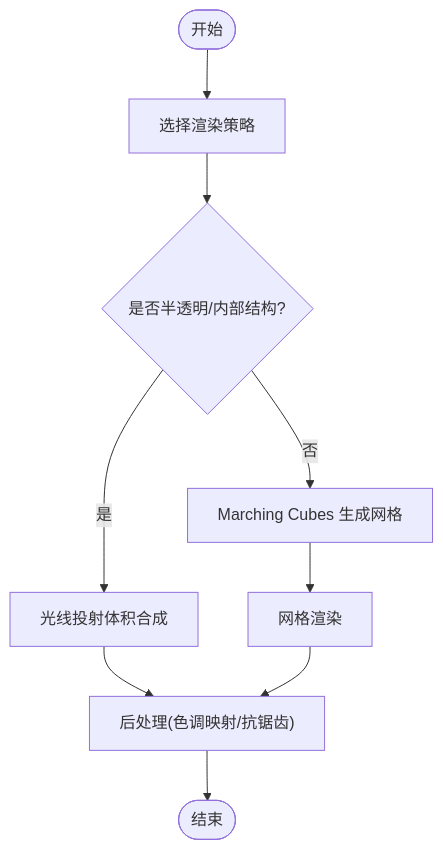
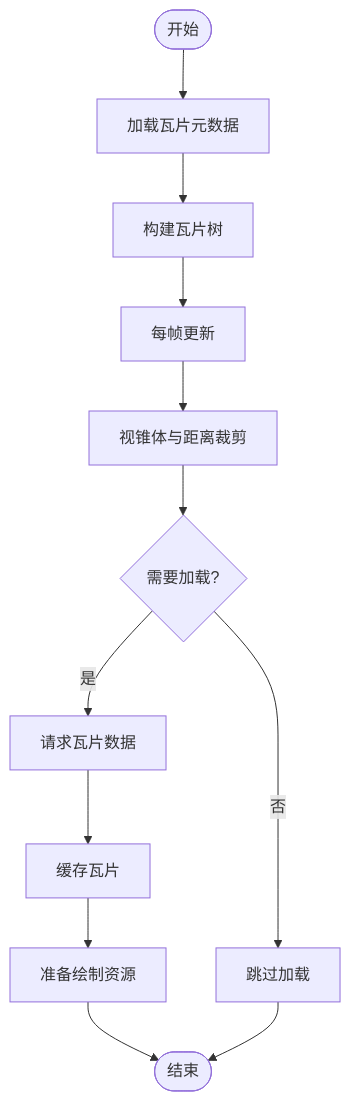
Before and after one commit to rzhangjing/cesium: the fourth of 6 diagrams in .qoder/repowiki/zh/content/项目概述/核心特性/3D数据格式支持/体素数据渲染.md, drawn with Mermaid. The commit also changed other lines of this file and 30 other files, not shown here.

````diff
--- a/.qoder/repowiki/zh/content/项目概述/核心特性/3D数据格式支持/体素数据渲染.md
+++ b/.qoder/repowiki/zh/content/项目概述/核心特性/3D数据格式支持/体素数据渲染.md
@@ -135,11 +164,14 @@
 ```mermaid
 flowchart TD
-Start(["开始"]) --> Choose["选择渲染策略"]
-Choose --> RayCast{"是否半透明/内部结构?"}
-RayCast --> |是| RC["光线投射体积合成"]
-RayCast --> |否| MC["Marching Cubes 生成网格"]
-MC --> MeshRender["网格渲染"]
-RC --> PostProc["后处理(色调映射/抗锯齿)"]
-MeshRender --> PostProc
-PostProc --> End(["结束"])
+Start(["开始"]) --> LoadMeta["加载瓦片元数据"]
+LoadMeta --> BuildTree["构建瓦片树"]
+BuildTree --> UpdateFrame["每帧更新"]
+UpdateFrame --> Cull["视锥体与距离裁剪"]
+Cull --> DecideLoad{"需要加载?"}
+DecideLoad --> |是| RequestTiles["请求瓦片数据"]
+DecideLoad --> |否| Skip["跳过加载"]
+RequestTiles --> Cache["缓存瓦片"]
+Cache --> PrepareDraw["准备绘制资源"]
+PrepareDraw --> End(["结束"])
+Skip --> End
 ```
````
